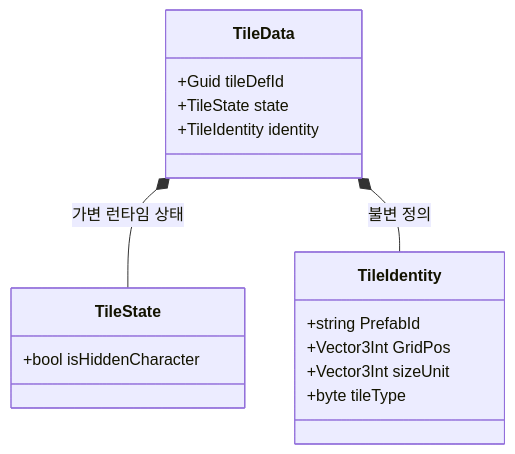
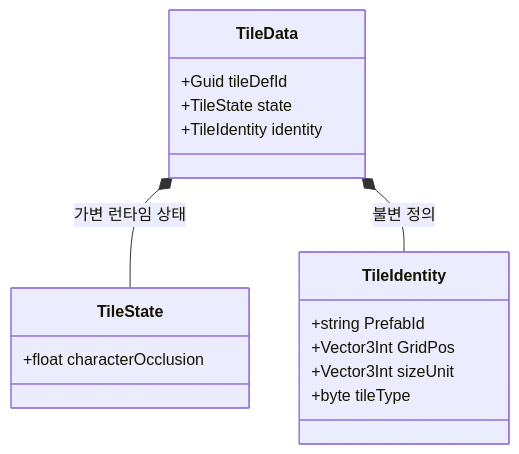
One commit to garunnir/Project_Alpha changed the diagram in Assets/Dist/Scripts/Map/Internal/DATA.md. Above: the diagram before and after it, drawn with Mermaid. The commit also changed other lines of this file and 12 other files, not shown here.

First line of the commit message:
Add character occlusion and world-based update

````diff
--- a/Assets/Dist/Scripts/Map/Internal/DATA.md
+++ b/Assets/Dist/Scripts/Map/Internal/DATA.md
@@ -5,20 +5,20 @@
 ```mermaid
 classDiagram
     class TileData {
         +Guid tileDefId
         +TileState state
         +TileIdentity identity
     }
     class TileState {
-        +bool isHiddenCharacter
+        +float characterOcclusion
     }
     class TileIdentity {
         +string PrefabId
         +Vector3Int GridPos
         +Vector3Int sizeUnit
         +byte tileType
     }
 
     TileData *-- TileState : 가변 런타임 상태
     TileData *-- TileIdentity : 불변 정의
 ```
````
